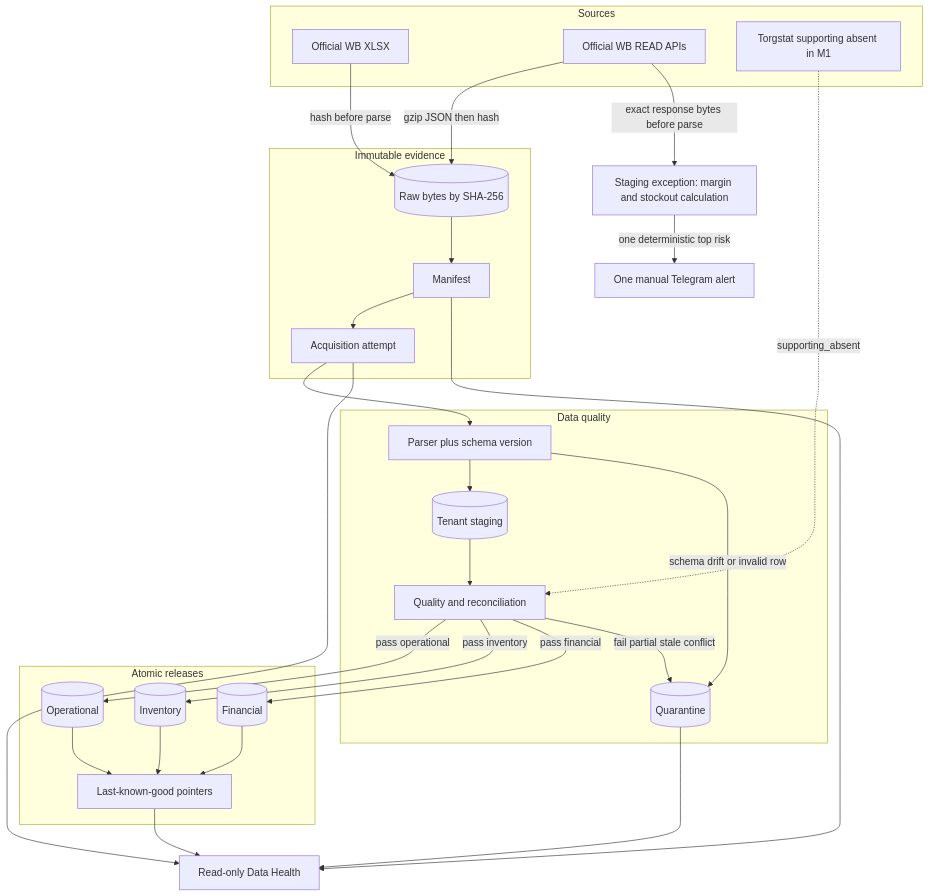
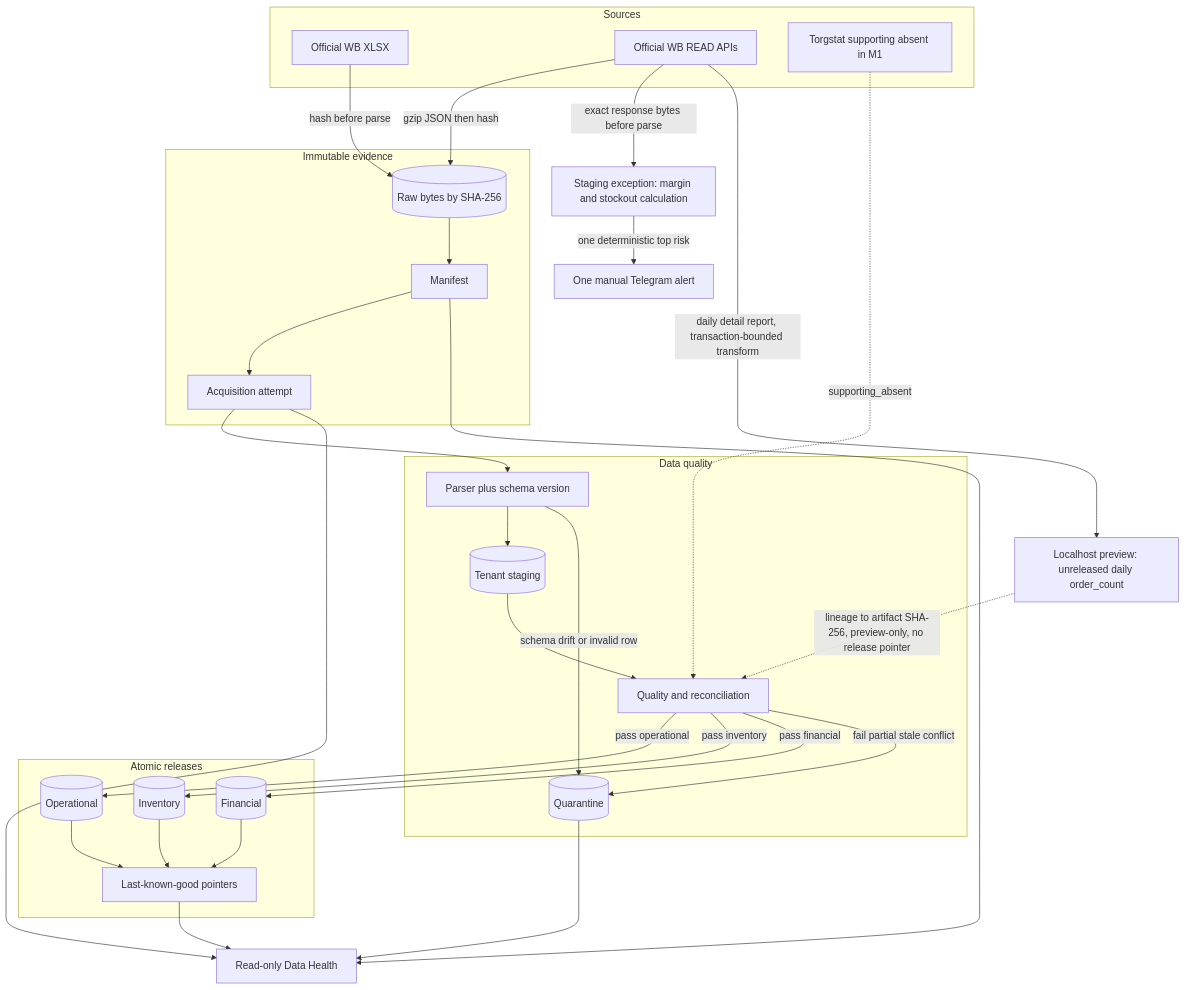
The diagram in docs/architecture/data-flow.mmd (mihailzhamba-bot/proxima-ai), drawn with Mermaid before and after one commit. The commit also changed 14 other files, not shown here.

First line of the commit message:
feat: unreleased daily order_count preview from WB Analytics staging (PA-9)

```diff
--- a/docs/architecture/data-flow.mmd
+++ b/docs/architecture/data-flow.mmd
@@ -1,49 +1,52 @@
 flowchart TB
   subgraph S[Sources]
     XLSX[Official WB XLSX]
     API[Official WB READ APIs]
     TS[Torgstat supporting absent in M1]
   end
 
   subgraph E[Immutable evidence]
     RAW[(Raw bytes by SHA-256)]
     MAN[Manifest]
     ATT[Acquisition attempt]
   end
 
   subgraph Q[Data quality]
     PARSE[Parser plus schema version]
     STAGE[(Tenant staging)]
     QUAR[(Quarantine)]
     CHECK[Quality and reconciliation]
   end
 
   subgraph R[Atomic releases]
     OP[(Operational)]
     INV[(Inventory)]
     FIN[(Financial)]
     LKG[Last-known-good pointers]
   end
 
   UI[Read-only Data Health]
   SIGNAL[Staging exception: margin and stockout calculation]
   TG[One manual Telegram alert]
+  PREVIEW[Localhost preview: unreleased daily order_count]
 
   XLSX -->|hash before parse| RAW
   API -->|gzip JSON then hash| RAW
   TS -. supporting_absent .-> CHECK
   RAW --> MAN --> ATT --> PARSE --> STAGE --> CHECK
   PARSE -->|schema drift or invalid row| QUAR
   CHECK -->|pass operational| OP
   CHECK -->|pass inventory| INV
   CHECK -->|pass financial| FIN
   CHECK -->|fail partial stale conflict| QUAR
   OP --> LKG
   INV --> LKG
   FIN --> LKG
   LKG --> UI
   ATT --> UI
   MAN --> UI
   QUAR --> UI
   API -->|exact response bytes before parse| SIGNAL
   SIGNAL -->|one deterministic top risk| TG
+  API -->|daily detail report, transaction-bounded transform| PREVIEW
+  PREVIEW -.->|lineage to artifact SHA-256, preview-only, no release pointer| CHECK
```
